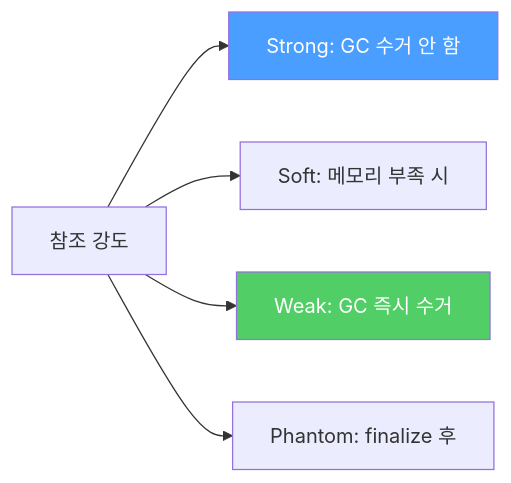
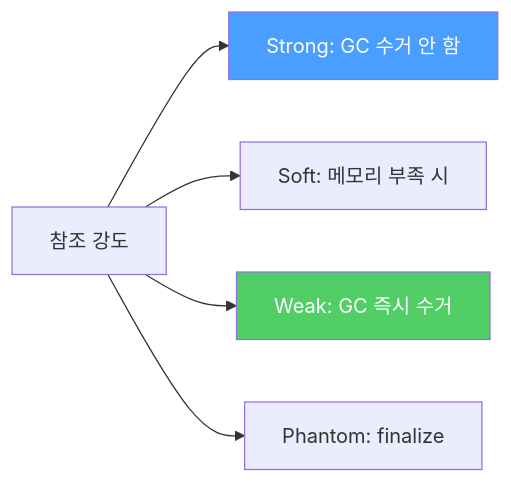
Before and after one commit to yjkim2015/yjkim2015.github.io: the second of 4 diagrams in _posts/java/2021-12-20-effective-java7.md, drawn with Mermaid. The commit also changed 245 other files, not shown here.

First line of the commit message:
Mermaid 다이어그램 전면 수정 + 면접 포인트 접기/펼치기 + DB 데드락 페이지

````diff
--- a/_posts/java/2021-12-20-effective-java7.md
+++ b/_posts/java/2021-12-20-effective-java7.md
@@ -145,9 +145,9 @@
 ```mermaid
 graph LR
     A["참조 강도"] --> B["Strong: GC 수거 안 함"]
     A --> C["Soft: 메모리 부족 시"]
     A --> D["Weak: GC 즉시 수거"]
-    A --> E["Phantom: finalize 후"]
+    A --> E["Phantom: finalize "]
     style B fill:#4a9eff,color:#fff
     style D fill:#51cf66,color:#fff
 ```
````
